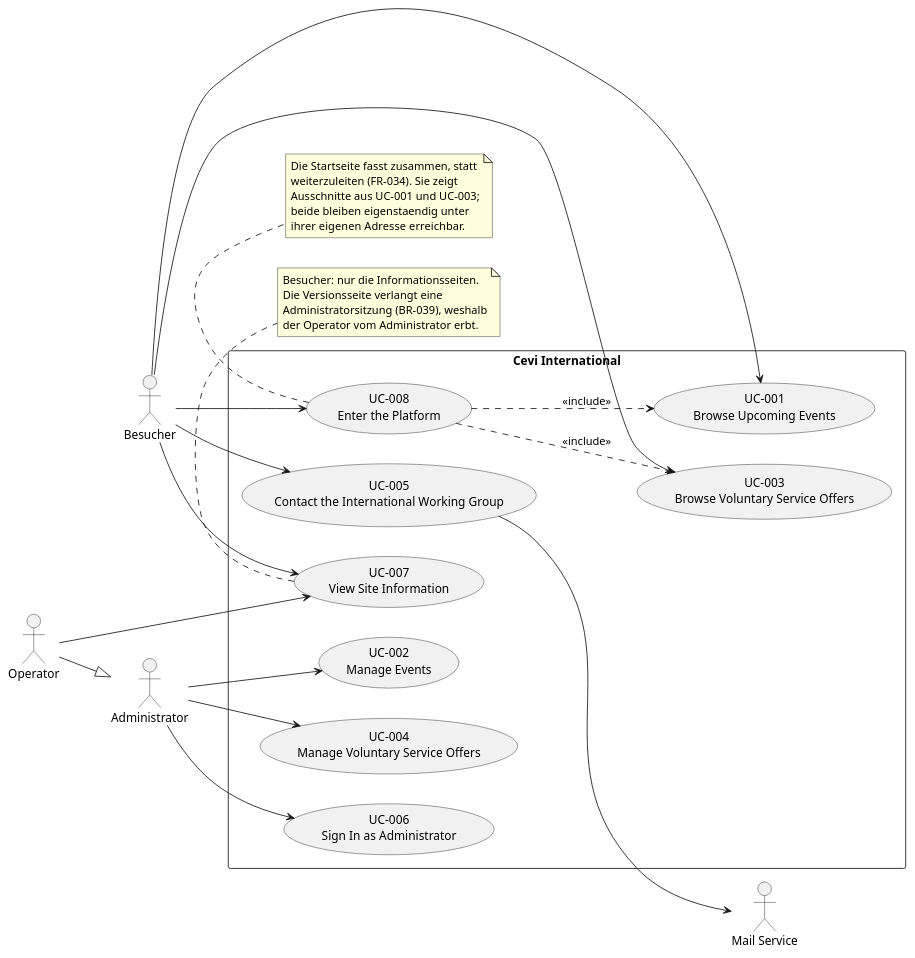
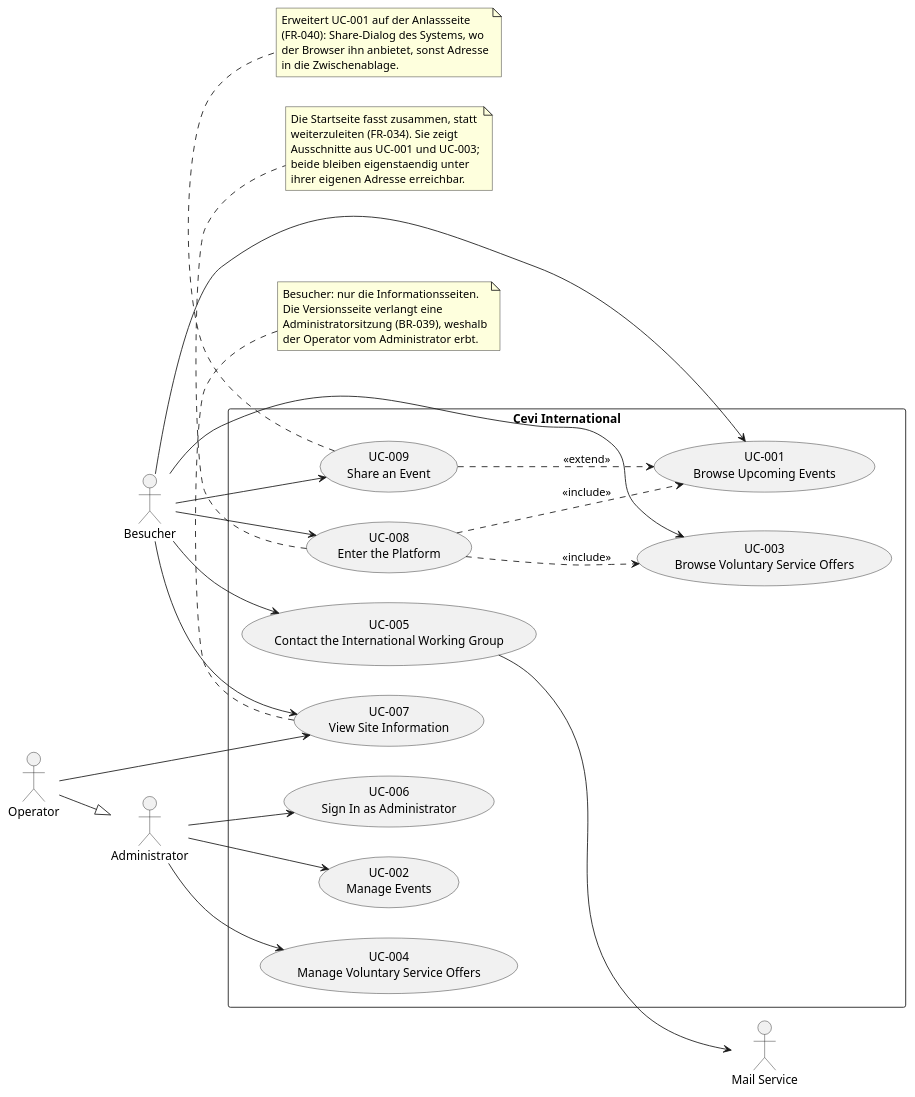
Before and after one commit to CeviFGI/cevi-int: the diagram in docs/use_cases.puml, drawn with PlantUML. The commit also changed 3 other files, not shown here.

```diff
--- a/docs/use_cases.puml
+++ b/docs/use_cases.puml
@@ -1,54 +1,64 @@
 @startuml Use Cases Overview
 left to right direction
 
 actor "Besucher" as visitor
 actor "Administrator" as admin
 actor "Operator" as operator
 actor "Mail Service" as mail
 
 operator --|> admin
 
 rectangle "Cevi International" {
     usecase "UC-001\nBrowse Upcoming Events" as UC001
     usecase "UC-002\nManage Events" as UC002
     usecase "UC-003\nBrowse Voluntary Service Offers" as UC003
     usecase "UC-004\nManage Voluntary Service Offers" as UC004
     usecase "UC-005\nContact the International Working Group" as UC005
     usecase "UC-006\nSign In as Administrator" as UC006
     usecase "UC-007\nView Site Information" as UC007
     usecase "UC-008\nEnter the Platform" as UC008
+    usecase "UC-009\nShare an Event" as UC009
 }
 
 visitor --> UC001
 visitor --> UC003
 visitor --> UC005
 visitor --> UC007
 visitor --> UC008
+visitor --> UC009
 
 admin --> UC002
 admin --> UC004
 admin --> UC006
 
 operator --> UC007
 
 UC005 --> mail
 
 UC008 ..> UC001 : <<include>>
 UC008 ..> UC003 : <<include>>
+UC009 ..> UC001 : <<extend>>
 
 note bottom of UC007
   Besucher: nur die Informationsseiten.
   Die Versionsseite verlangt eine
   Administratorsitzung (BR-039), weshalb
   der Operator vom Administrator erbt.
 end note
 
 note bottom of UC008
   Die Startseite fasst zusammen, statt
   weiterzuleiten (FR-034). Sie zeigt
   Ausschnitte aus UC-001 und UC-003;
   beide bleiben eigenstaendig unter
   ihrer eigenen Adresse erreichbar.
 end note
 
+note bottom of UC009
+  Erweitert UC-001 auf der Anlassseite
+  (FR-040): Share-Dialog des Systems, wo
+  der Browser ihn anbietet, sonst Adresse
+  in die Zwischenablage.
+end note
+
 @enduml
```
